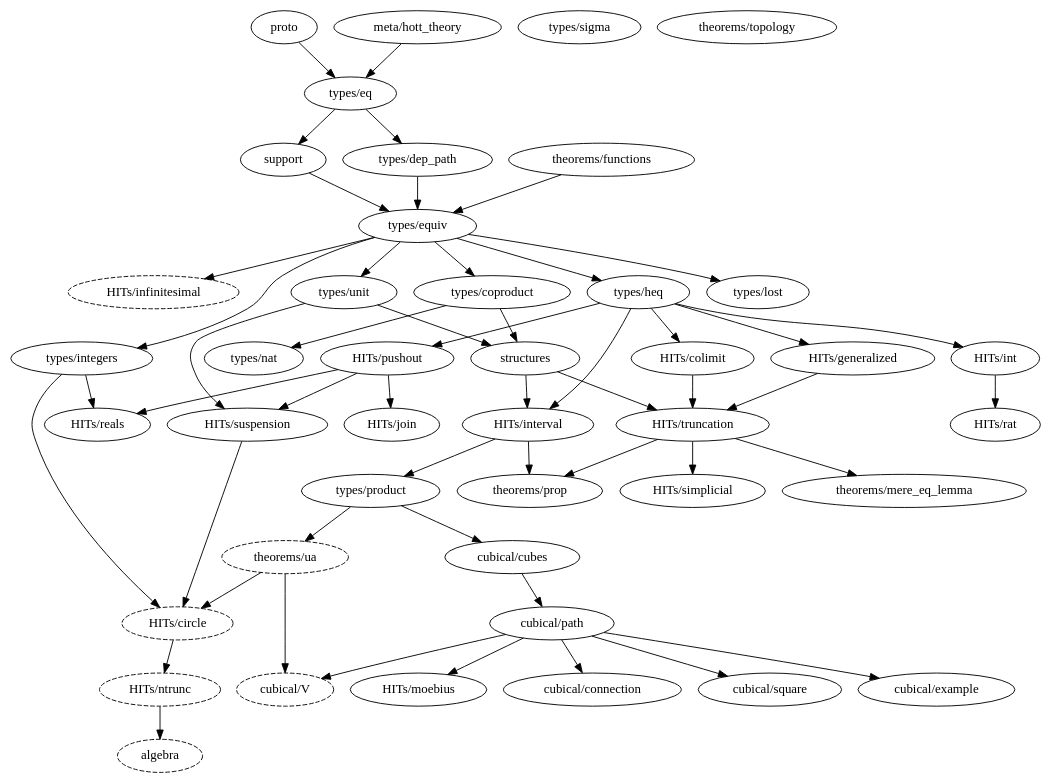
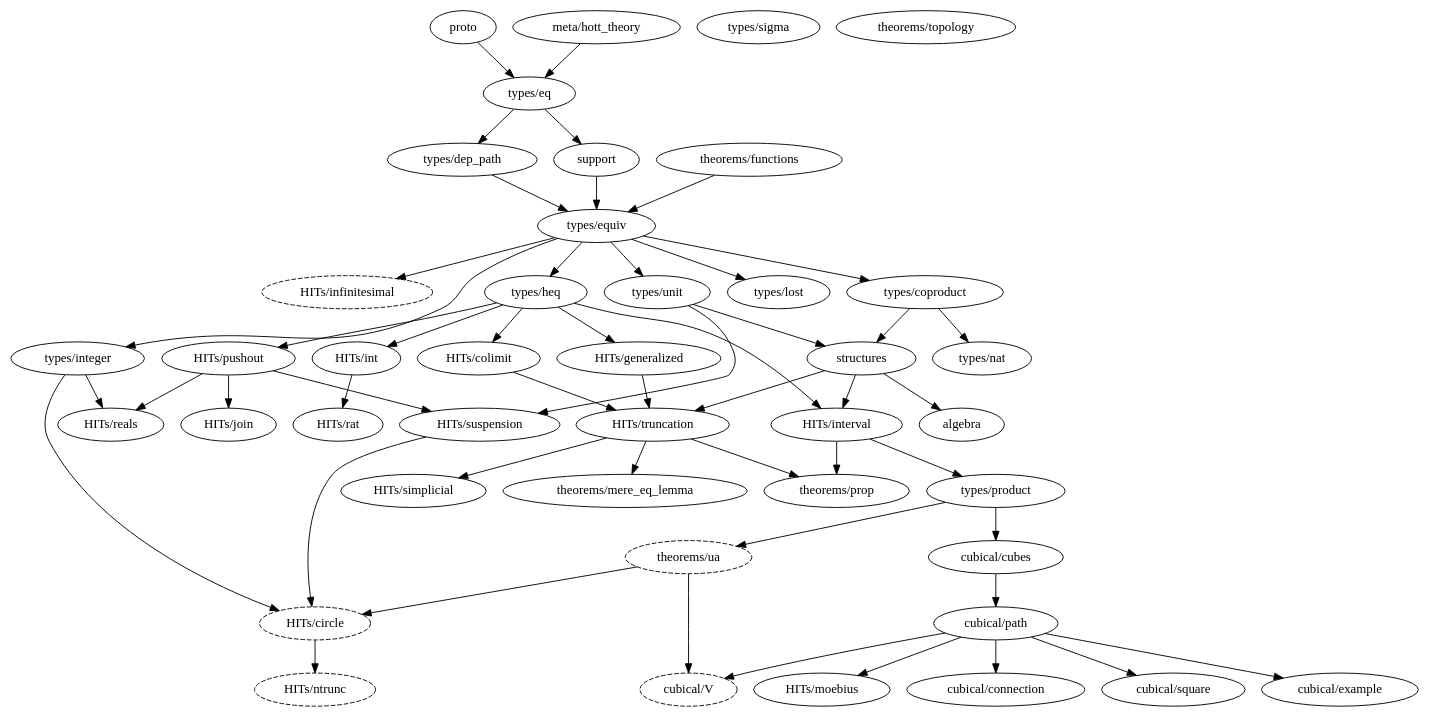
The diagram in dependency_map.gv (forked-from-1kasper/ground_zero), drawn with Graphviz before and after one commit. The commit also changed 5 other files, not shown here.

Commit message:
integers -> integer

```diff
--- a/dependency_map.gv
+++ b/dependency_map.gv
@@ -1,85 +1,84 @@
 digraph dependency_map {
   proto -> "types/eq"
   "meta/hott_theory" -> "types/eq"
   support -> "types/equiv"
-  structures -> { "HITs/interval", "HITs/truncation" }
+  structures -> { "HITs/interval", "HITs/truncation", algebra }
 
   subgraph univalence {
     node [style=dashed]
     algebra
     "HITs/circle"
     "HITs/infinitesimal"
     "HITs/ntrunc"
     "theorems/ua"
     "cubical/V"
   }
 
   subgraph types {
     "types/coproduct" -> { "types/nat", structures }
     "types/dep_path" -> "types/equiv"
     "types/eq" -> { "types/dep_path", support }
     "types/equiv" -> {
       "types/heq",
-      "types/integers",
+      "types/integer",
       "HITs/infinitesimal",
       "types/coproduct",
       "types/lost",
       "types/unit"
     }
     "types/heq" -> {
       "HITs/colimit",
       "HITs/generalized",
       "HITs/int",
       "HITs/pushout",
       "HITs/interval"
     }
-    "types/integers" ->  { "HITs/circle", "HITs/reals" }
+    "types/integer" ->  { "HITs/circle", "HITs/reals" }
     "types/lost"
     "types/nat"
     "types/product" -> { "cubical/cubes", "theorems/ua" }
     "types/sigma"
     "types/unit" -> { structures, "HITs/suspension" }
   }
 
   subgraph HITs {
     "HITs/circle" -> "HITs/ntrunc"
     "HITs/colimit" -> "HITs/truncation"
     "HITs/generalized" -> "HITs/truncation"
     "HITs/infinitesimal"
     "HITs/int" -> "HITs/rat"
     "HITs/interval" -> { "types/product", "theorems/prop" }
     "HITs/join"
-    "HITs/ntrunc" -> algebra
     "HITs/pushout" -> {
       "HITs/join",
       "HITs/reals"
     }
     "HITs/pushout" -> "HITs/suspension"
     "HITs/rat"
     "HITs/reals"
     "HITs/simplicial"
     "HITs/suspension" -> "HITs/circle"
     "HITs/truncation" -> {
       "theorems/mere_eq_lemma",
       "theorems/prop",
       "HITs/simplicial"
     }
   }
 
   subgraph cubical {
     "cubical/path" -> "HITs/moebius"
     "cubical/path" -> "cubical/connection"
     "cubical/cubes" -> "cubical/path"
     "cubical/path" -> "cubical/square"
     "cubical/path" -> "cubical/example"
     "cubical/path" -> "cubical/V"
   }
 
   subgraph theorems {
     "theorems/functions" -> "types/equiv"
     "theorems/mere_eq_lemma"
     "theorems/prop"
     "theorems/topology"
     "theorems/ua" -> { "HITs/circle", "cubical/V" }
   }
 }
```
